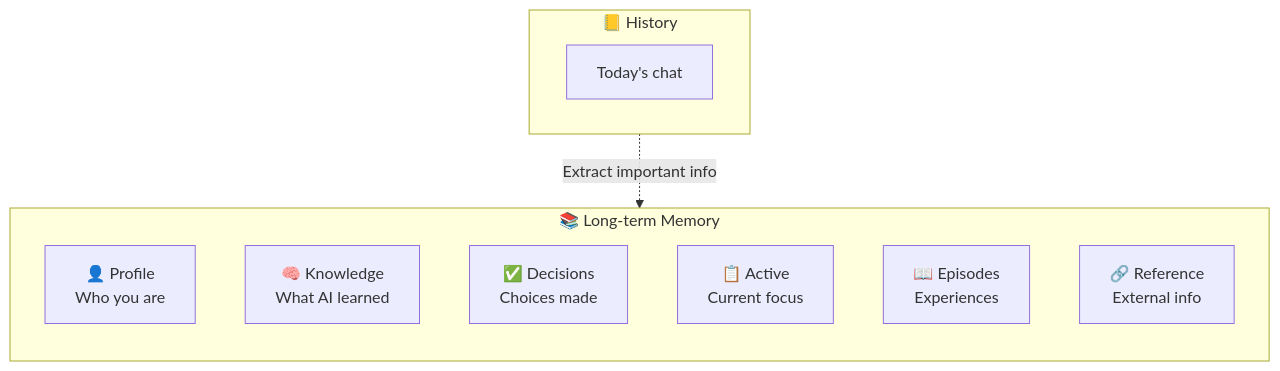
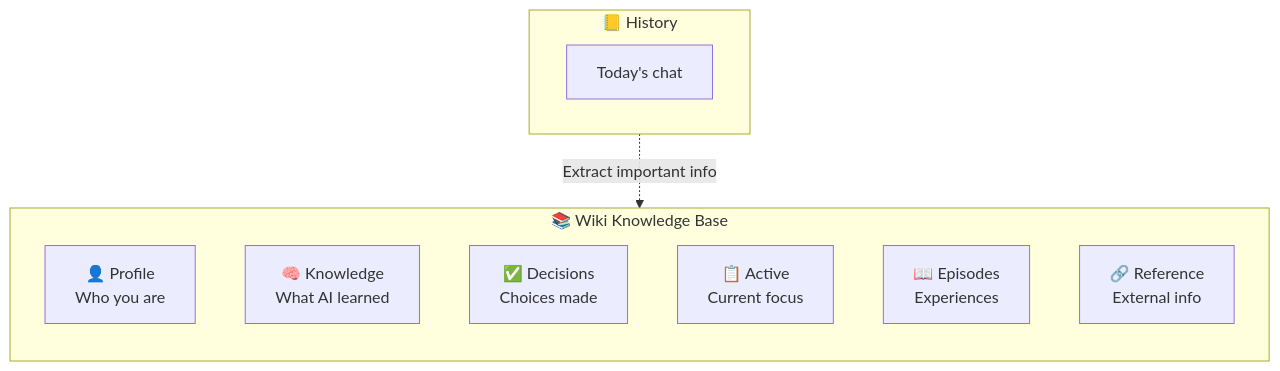
Before and after one commit to yeheng/nanobot-rs: the fourth of 9 diagrams in docs/memory-history-en.md, drawn with Mermaid. The commit also changed other lines of this file and 57 other files, not shown here.

First line of the commit message:
feat: 用 Wiki 知识系统全面替换旧 Memory 记忆系统

````diff
--- a/docs/memory-history-en.md
+++ b/docs/memory-history-en.md
@@ -93,18 +93,18 @@
 ```mermaid
 flowchart TB
-    subgraph Memory["📚 Long-term Memory"]
+    subgraph Memory["📚 Wiki Knowledge Base"]
         direction TB
-        P["👤 Profile<br/>Who you are"] 
+        P["👤 Profile<br/>Who you are"]
         K["🧠 Knowledge<br/>What AI learned"]
         D["✅ Decisions<br/>Choices made"]
         A["📋 Active<br/>Current focus"]
         E["📖 Episodes<br/>Experiences"]
         R["🔗 Reference<br/>External info"]
     end
-    
+
     subgraph History["📒 History"]
         H["Today's chat"]
     end
-    
+
     History -.->|Extract important info| Memory
 ```
````
